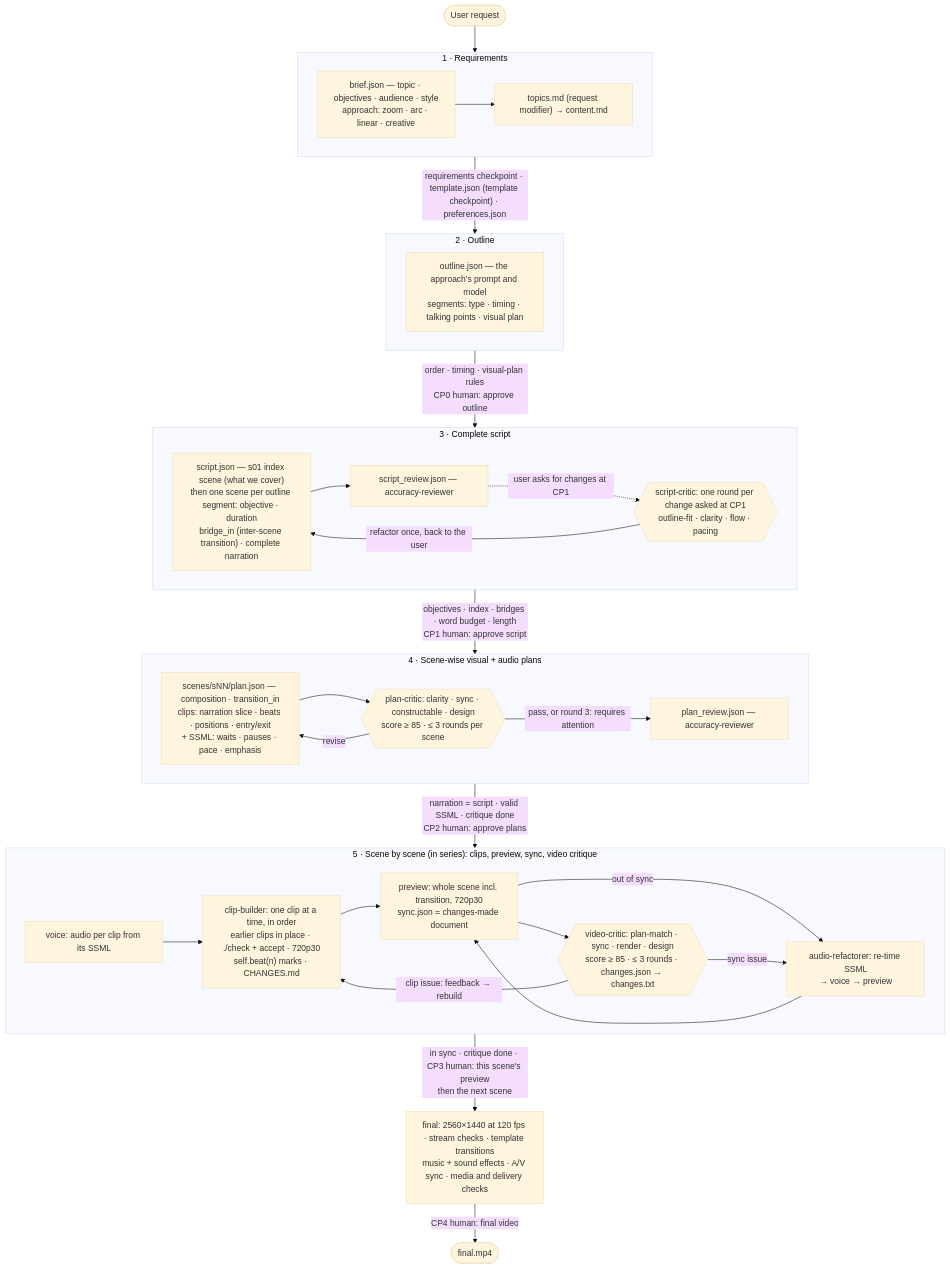
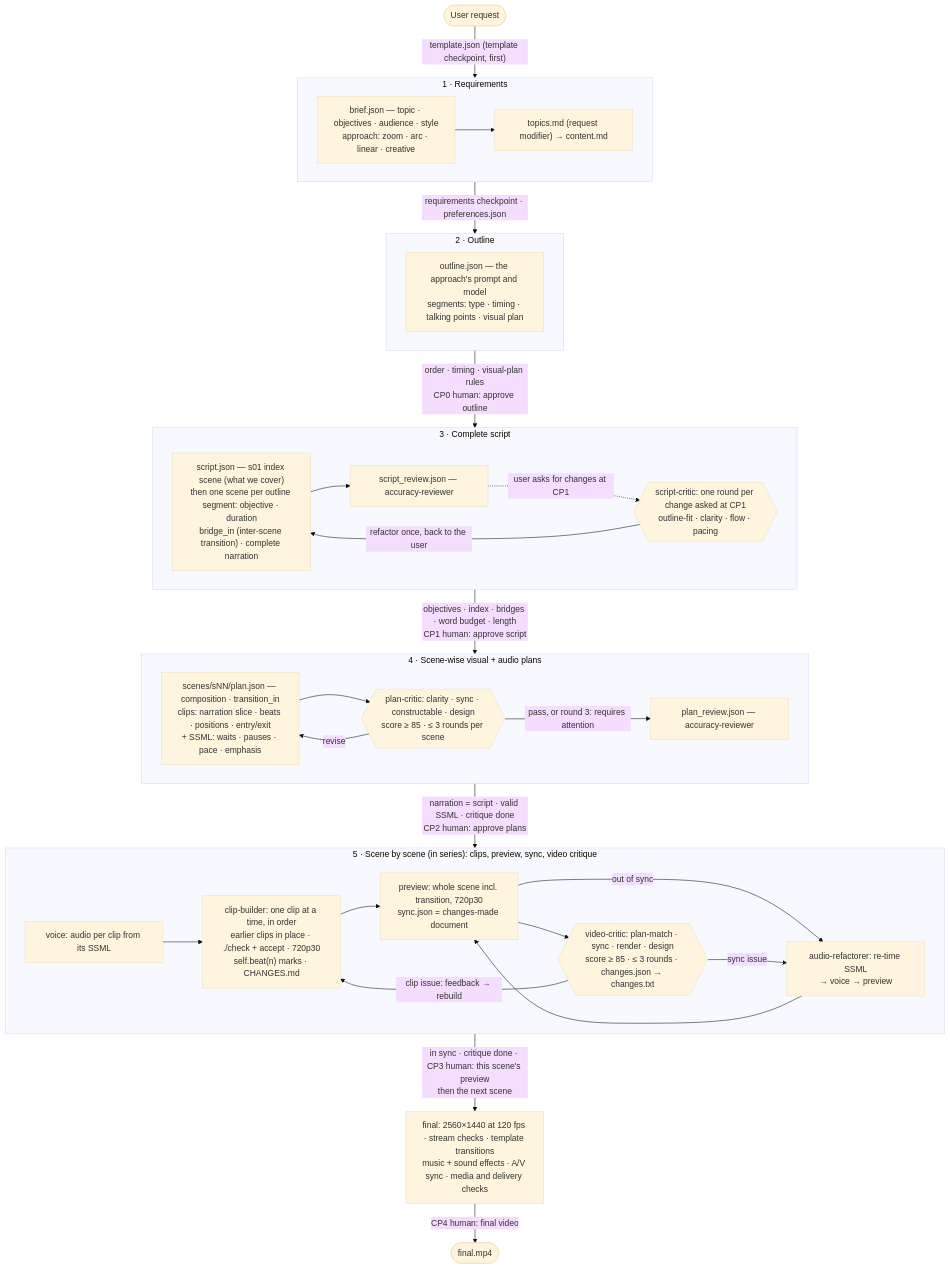
Before and after one commit to GARV-PATEL-11/Text-2-Shorts: the diagram in README.md, drawn with Mermaid (base theme). The commit also changed other lines of this file and 220 other files, not shown here.

````diff
--- a/README.md
+++ b/README.md
@@ -57,42 +59,42 @@
 ```mermaid
 flowchart TD
-    U(["User request"]) --> R
+    U(["User request"]) -->|"template.json (template checkpoint, first)"| R
     subgraph R["1 · Requirements"]
         B["brief.json — topic · objectives · audience · style<br/>approach: zoom · arc · linear · creative"]
         T["topics.md (request modifier) → content.md"]
         B --> T
     end
-    R -->|"requirements checkpoint · template.json (template checkpoint) · preferences.json"| O
+    R -->|"requirements checkpoint · preferences.json"| O
     subgraph O["2 · Outline"]
         OL["outline.json — the approach's prompt and model<br/>segments: type · timing · talking points · visual plan"]
     end
     O -->|"order · timing · visual-plan rules<br/>CP0 human: approve outline"| S
     subgraph S["3 · Complete script"]
         SC["script.json — s01 index scene (what we cover)<br/>then one scene per outline segment: objective · duration<br/>bridge_in (inter-scene transition) · complete narration"]
         SK{{"script-critic: one round per change asked at CP1<br/>outline-fit · clarity · flow · pacing"}}
         SR["script_review.json — accuracy-reviewer"]
         SC --> SR
         SR -.->|"user asks for changes at CP1"| SK
         SK -->|"refactor once, back to the user"| SC
     end
     S -->|"objectives · index · bridges · word budget · length<br/>CP1 human: approve script"| P
     subgraph P["4 · Scene-wise visual + audio plans"]
         PL["scenes/sNN/plan.json — composition · transition_in<br/>clips: narration slice · beats · positions · entry/exit<br/>+ SSML: waits · pauses · pace · emphasis"]
         PC{{"plan-critic: clarity · sync · constructable · design<br/>score ≥ 85 · ≤ 3 rounds per scene"}}
         PL --> PC -->|revise| PL
         PR["plan_review.json — accuracy-reviewer"]
         PC -->|"pass, or round 3: requires attention"| PR
     end
     P -->|"narration = script · valid SSML · critique done<br/>CP2 human: approve plans"| C
     subgraph C["5 · Scene by scene (in series): clips, preview, sync, video critique"]
         V["voice: audio per clip from its SSML"] --> K["clip-builder: one clip at a time, in order<br/>earlier clips in place · ./check + accept · 720p30<br/>self.beat(n) marks · CHANGES.md"]
         K --> PV["preview: whole scene incl. transition, 720p30<br/>sync.json = changes-made document"]
         PV -->|out of sync| AR["audio-refactorer: re-time SSML<br/>→ voice → preview"]
         AR --> PV
         PV --> VC{{"video-critic: plan-match · sync · render · design<br/>score ≥ 85 · ≤ 3 rounds · changes.json → changes.txt"}}
         VC -->|"sync issue"| AR
         VC -->|"clip issue: feedback → rebuild"| K
     end
     C -->|"in sync · critique done · CP3 human: this scene's preview<br/>then the next scene"| F["final: 2560×1440 at 120 fps · stream checks · template transitions<br/>music + sound effects · A/V sync · media and delivery checks"]
     F -->|"CP4 human: final video"| D(["final.mp4"])
 ```
````
